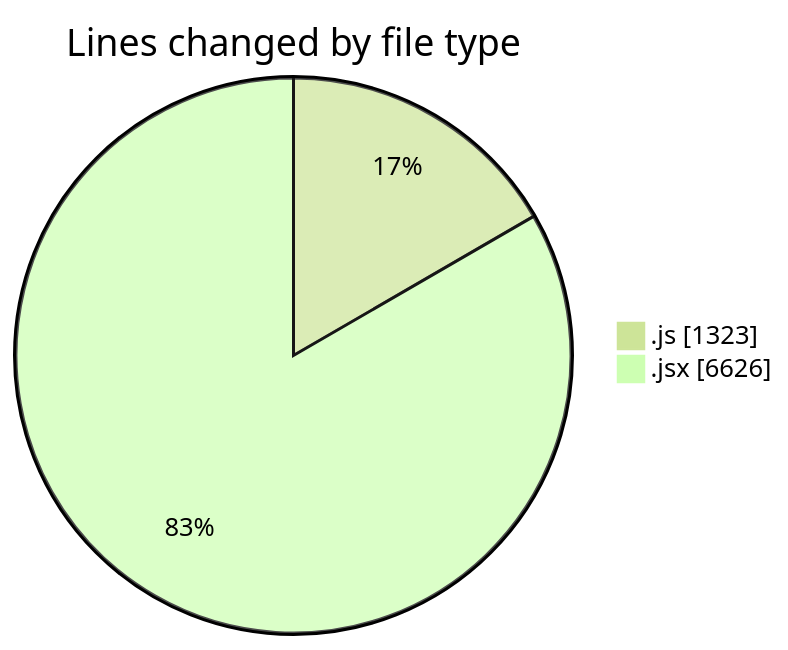
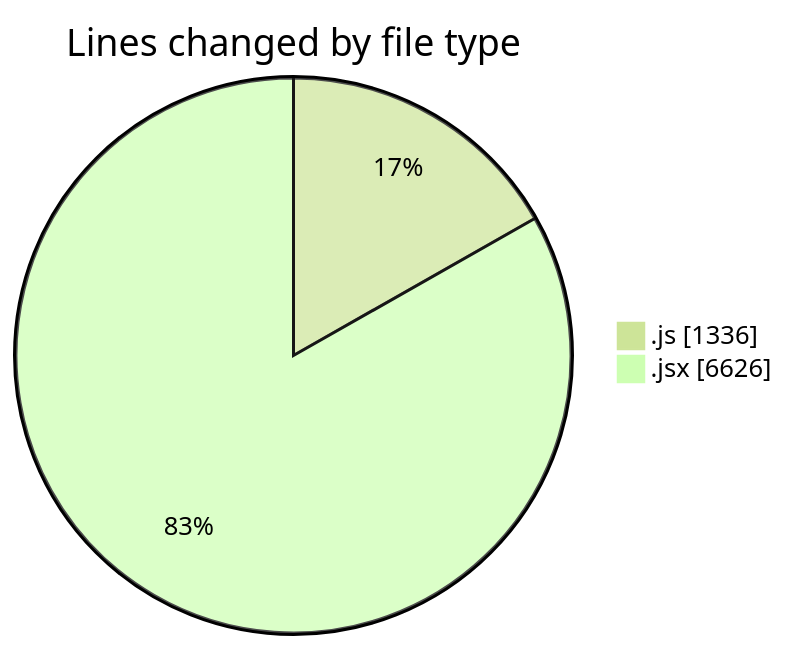
The first of 2 diagrams in 2025-12-05/nxtqube_webapp/README.md (nxtqubesakshisongat/code-tracking), drawn with Mermaid (forest theme) before and after one commit. The commit also changed other lines of this file and 1 other file, not shown here.

````diff
--- a/2025-12-05/nxtqube_webapp/README.md
+++ b/2025-12-05/nxtqube_webapp/README.md
@@ -27,6 +27,6 @@
 ```mermaid
 pie showData
 title Lines changed by file type
-".js" : 1323
+".js" : 1336
 ".jsx" : 6626
 ```
````
